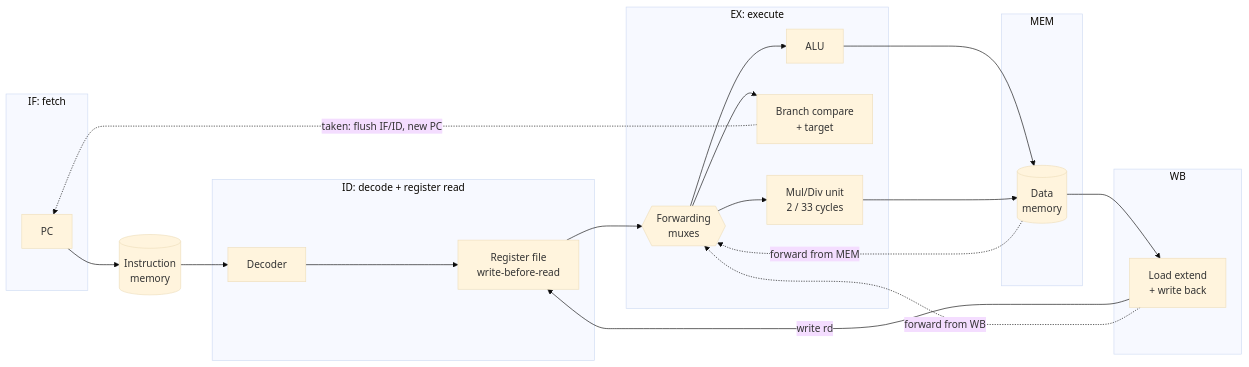
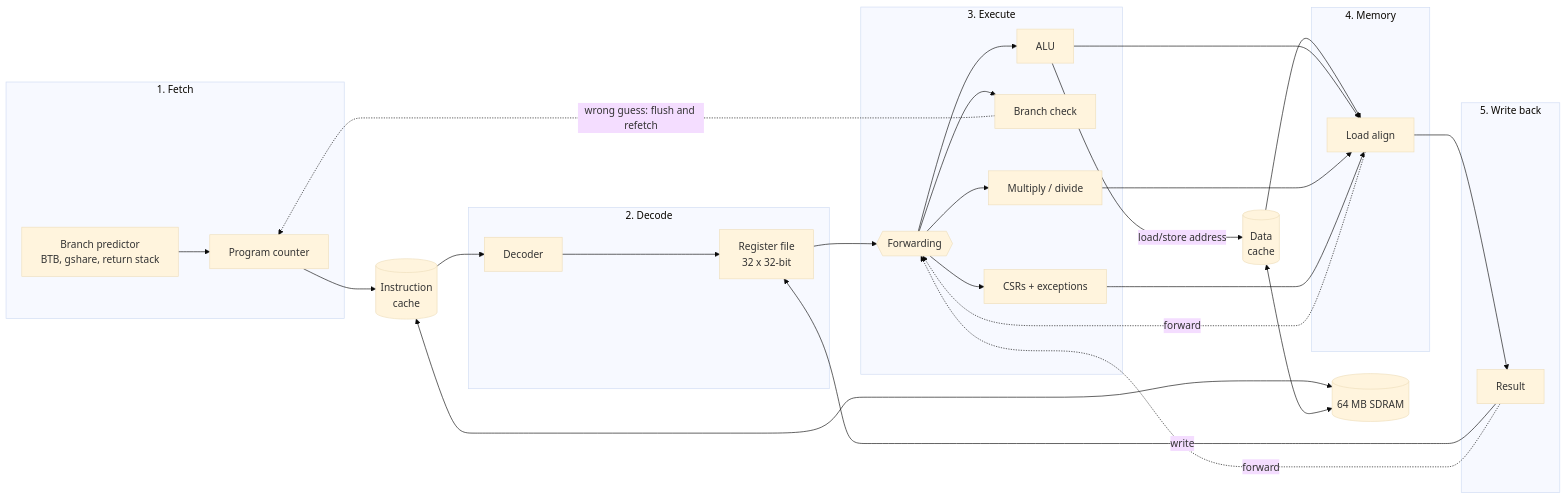
The diagram in README.md (hridhayesh09/rv32im-core), drawn with Mermaid (base theme) before and after one commit. The commit also changed other lines of this file, not shown here.

Commit message:
README: CPU diagram first, plain-language explanation, headline results, details linked

````diff
--- a/README.md
+++ b/README.md
@@ -27,33 +9,45 @@
 ```mermaid
 flowchart LR
-    subgraph IF[IF: fetch]
-        PC[PC]
+    subgraph IF["1. Fetch"]
+        PC[Program counter]
+        BP[Branch predictor<br/>BTB, gshare, return stack]
     end
-    IMEM[(Instruction<br/>memory)]
-    subgraph ID[ID: decode + register read]
+    IC[(Instruction<br/>cache)]
+    subgraph ID["2. Decode"]
         DEC[Decoder]
-        RF[Register file<br/>write-before-read]
+        RF[Register file<br/>32 x 32-bit]
     end
-    subgraph EX[EX: execute]
-        FWD{{Forwarding<br/>muxes}}
+    subgraph EX["3. Execute"]
+        FWD{{Forwarding}}
         ALU[ALU]
-        BR[Branch compare<br/>+ target]
-        MD[Mul/Div unit<br/>2 / 33 cycles]
+        BR[Branch check]
+        MD[Multiply / divide]
+        CSR[CSRs + exceptions]
     end
-    subgraph MEM[MEM]
-        DMEM[(Data<br/>memory)]
+    DC[(Data<br/>cache)]
+    subgraph MEM["4. Memory"]
+        LA[Load align]
     end
-    subgraph WB[WB]
-        LX[Load extend<br/>+ write back]
+    subgraph WB["5. Write back"]
+        W[Result]
     end
-    PC --> IMEM --> DEC
-    DEC --> RF --> FWD
-    FWD --> ALU --> DMEM
+    SD[(64 MB SDRAM)]
+
+    BP --> PC --> IC --> DEC --> RF --> FWD
+    FWD --> ALU
     FWD --> BR
-    FWD --> MD --> DMEM
-    DMEM --> LX
-    LX -- write rd --> RF
-    DMEM -. forward from MEM .-> FWD
-    LX -. forward from WB .-> FWD
-    BR -. taken: flush IF/ID, new PC .-> PC
+    FWD --> MD
+    FWD --> CSR
+    ALU -- load/store address --> DC
+    DC --> LA
+    ALU --> LA
+    MD --> LA
+    CSR --> LA
+    LA --> W
+    W -- write --> RF
+    IC <--> SD
+    DC <--> SD
+    LA -. forward .-> FWD
+    W -. forward .-> FWD
+    BR -. wrong guess: flush and refetch .-> PC
 ```
````
